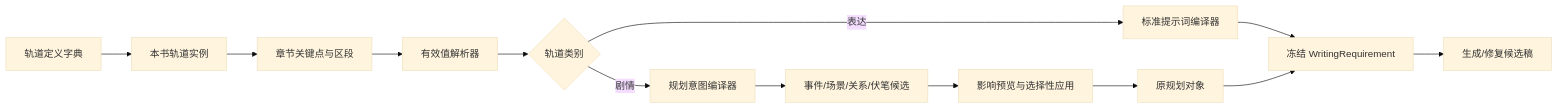
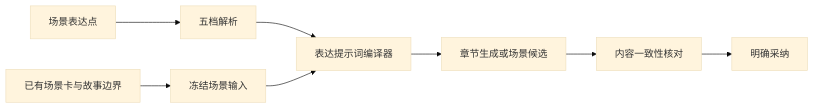
The diagram in docs/superpowers/specs/2026-09-14-dynamic-creative-tracks-design.md (leqixiaozi/AI-Novel-Writing-Assistant), drawn with Mermaid (base theme) before and after one commit. The commit also changed other lines of this file, not shown here.

````diff
--- a/docs/superpowers/specs/2026-09-14-dynamic-creative-tracks-design.md
+++ b/docs/superpowers/specs/2026-09-14-dynamic-creative-tracks-design.md
@@ -38,15 +242,10 @@
 ```mermaid
 flowchart LR
-    D[轨道定义字典] --> I[本书轨道实例]
-    I --> K[章节关键点与区段]
-    K --> R[有效值解析器]
-    R --> E{轨道类别}
-    E -->|表达| P[标准提示词编译器]
-    P --> W[冻结 WritingRequirement]
-    W --> G[生成/修复候选稿]
-    E -->|剧情| C[规划意图编译器]
-    C --> V[事件/场景/关系/伏笔候选]
-    V --> A[影响预览与选择性应用]
-    A --> O[原规划对象]
-    O --> W
+    S[已有场景卡与故事边界] --> F[冻结场景输入]
+    P[场景表达点] --> R[五档解析]
+    R --> C[表达提示词编译器]
+    F --> C
+    C --> G[章节生成或场景候选]
+    G --> Q[内容一致性核对]
+    Q --> A[明确采纳]
 ```
````
